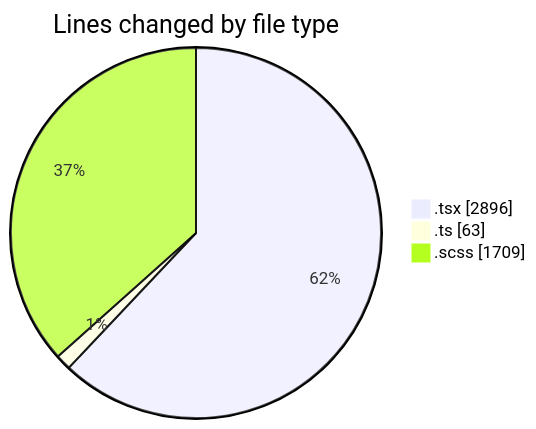
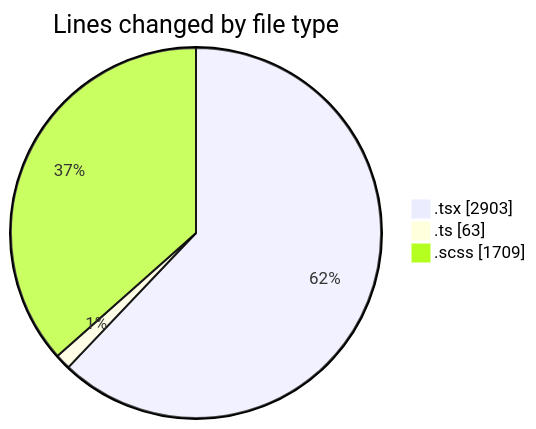
The first of 2 diagrams in 2025-04-02/cda/README.md (momahboobian/code-tracking), drawn with Mermaid before and after one commit. The commit also changed other lines of this file and 1 other file, not shown here.

````diff
--- a/2025-04-02/cda/README.md
+++ b/2025-04-02/cda/README.md
@@ -30,7 +30,7 @@
 ```mermaid
 pie showData
 title Lines changed by file type
-".tsx" : 2896
+".tsx" : 2903
 ".ts" : 63
 ".scss" : 1709
 ```
````
